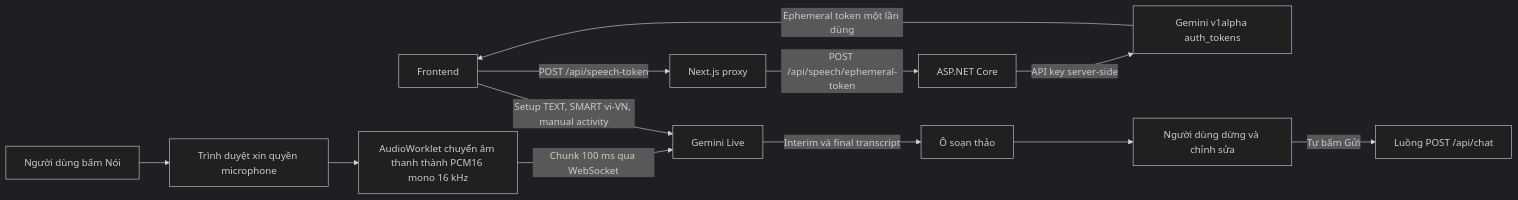
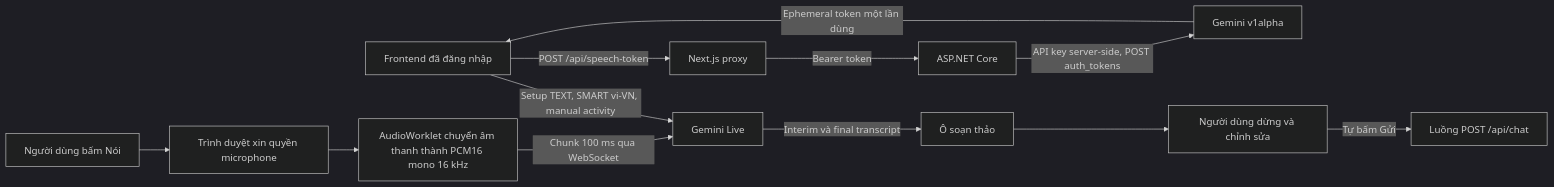
Diagram 11 of 12 in README.md (nguyendinhhung04/Travel-Chatbot), drawn with Mermaid (dark theme) before and after one commit. The commit also changed other lines of this file and 9 other files, not shown here.

````diff
--- a/README.md
+++ b/README.md
@@ -275,16 +350,16 @@
 ```mermaid
 flowchart LR
     MIC[Người dùng bấm Nói] --> PERMISSION[Trình duyệt xin quyền microphone]
     PERMISSION --> WORKLET[AudioWorklet chuyển âm thanh thành PCM16 mono 16 kHz]
 
-    FE[Frontend] -->|POST /api/speech-token| NEXT[Next.js proxy]
-    NEXT -->|POST /api/speech/ephemeral-token| NET[ASP.NET Core]
-    NET -->|API key server-side| TOKEN[Gemini v1alpha auth_tokens]
+    FE[Frontend đã đăng nhập] -->|POST /api/speech-token| NEXT[Next.js proxy]
+    NEXT -->|Bearer token| NET[ASP.NET Core]
+    NET -->|API key server-side, POST auth_tokens| TOKEN[Gemini v1alpha]
     TOKEN -->|Ephemeral token một lần dùng| FE
 
     WORKLET -->|Chunk 100 ms qua WebSocket| LIVE[Gemini Live]
     FE -->|Setup TEXT, SMART vi-VN, manual activity| LIVE
     LIVE -->|Interim và final transcript| COMPOSER[Ô soạn thảo]
     COMPOSER --> EDIT[Người dùng dừng và chỉnh sửa]
     EDIT -->|Tự bấm Gửi| CHAT[Luồng POST /api/chat]
 ```
````
